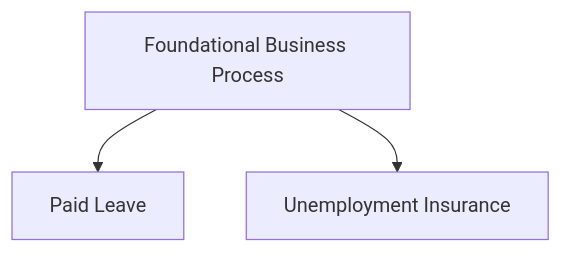
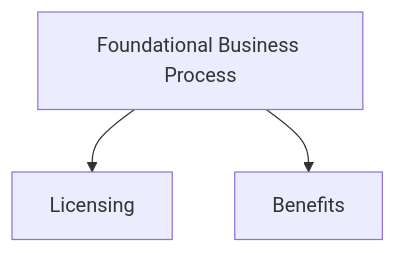
One commit to navapbc/flex-sdk changed the second of 4 diagrams in docs/business-process-family-tree.md. Above: the diagram before and after it, drawn with Mermaid. The commit also changed other lines of this file and 34 other files, not shown here.

````diff
--- a/docs/business-process-family-tree.md
+++ b/docs/business-process-family-tree.md
@@ -20,5 +20,5 @@
 ```mermaid
 graph TD
-  F[Foundational Business Process] --> PFML[Paid Leave]
-  F[Foundational Business Process] --> UI[Unemployment Insurance]
+  F[Foundational Business Process] --> L[Licensing]
+  F[Foundational Business Process] --> B[Benefits]
 ```
````
